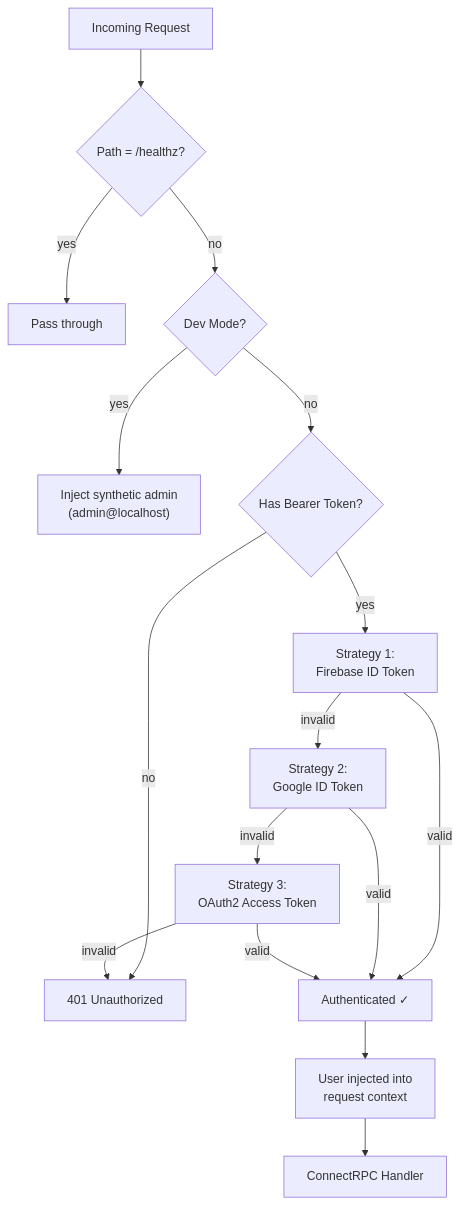
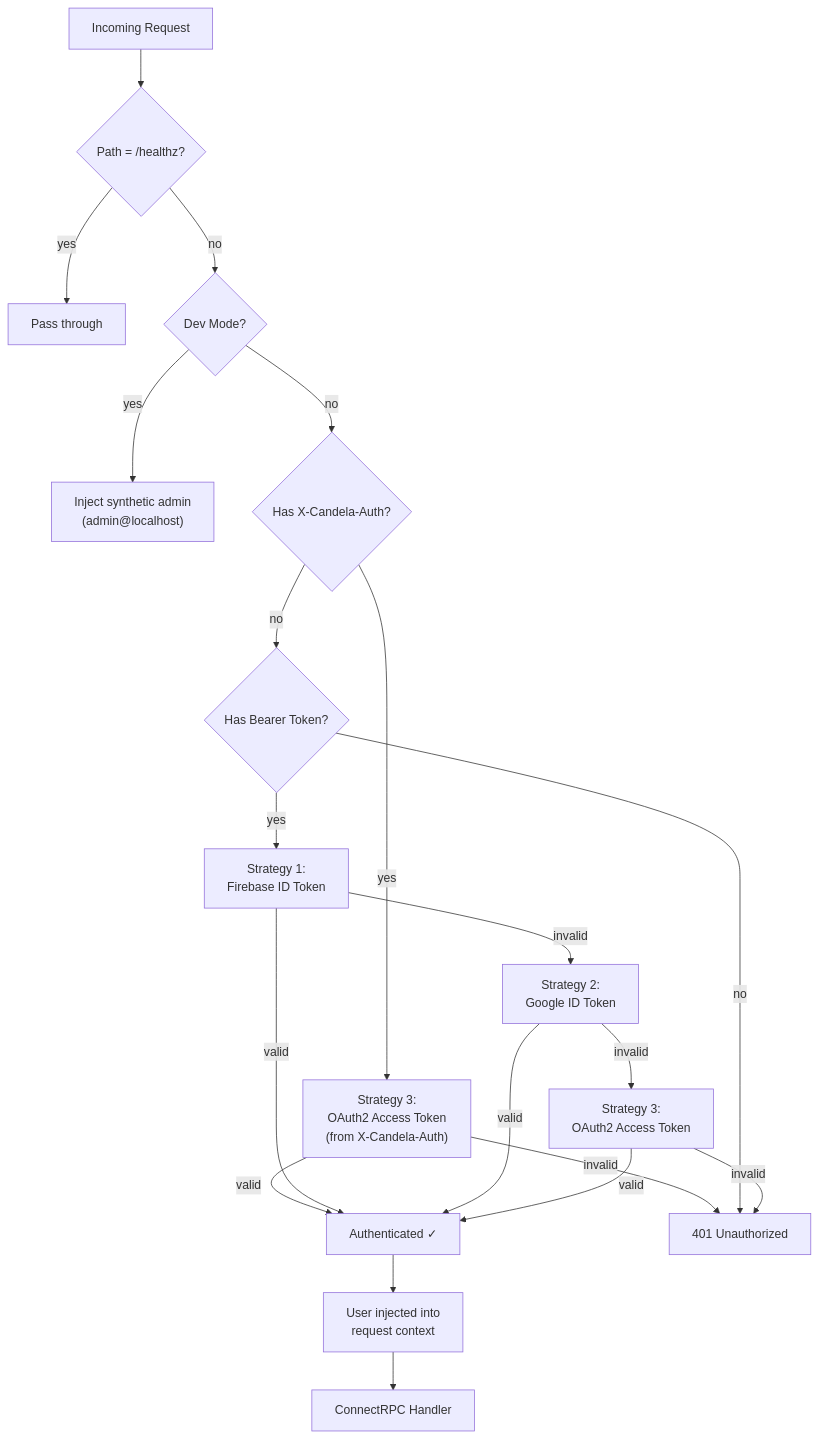
The diagram in src/content/docs/architecture/security.md (candelahq/candela-docs), drawn with Mermaid before and after one commit. The commit also changed other lines of this file and 4 other files, not shown here.

First line of the commit message:
docs: dual-token IAP auth + /v1/models server endpoint (#29)

````diff
--- a/src/content/docs/architecture/security.md
+++ b/src/content/docs/architecture/security.md
@@ -10,18 +10,22 @@
 ```mermaid
 flowchart TD
     REQ[Incoming Request] --> SKIP{Path = /healthz?}
     SKIP -->|yes| PASS[Pass through]
     SKIP -->|no| DEV{Dev Mode?}
     DEV -->|yes| SYNTH["Inject synthetic admin<br/>(admin@localhost)"]
-    DEV -->|no| TOK{Has Bearer Token?}
-    TOK -->|no| DENY["401 Unauthorized"]
+    DEV -->|no| XCA{Has X-Candela-Auth?}
+    XCA -->|yes| S3X["Strategy 3:<br/>OAuth2 Access Token<br/>(from X-Candela-Auth)"]
+    S3X -->|valid| AUTH[Authenticated ✓]
+    S3X -->|invalid| DENY["401 Unauthorized"]
+    XCA -->|no| TOK{Has Bearer Token?}
+    TOK -->|no| DENY
     TOK -->|yes| S1["Strategy 1:<br/>Firebase ID Token"]
-    S1 -->|valid| AUTH[Authenticated ✓]
+    S1 -->|valid| AUTH
     S1 -->|invalid| S2["Strategy 2:<br/>Google ID Token"]
     S2 -->|valid| AUTH
     S2 -->|invalid| S3["Strategy 3:<br/>OAuth2 Access Token"]
     S3 -->|valid| AUTH
     S3 -->|invalid| DENY
     AUTH --> CTX["User injected into<br/>request context"]
     CTX --> HANDLER[ConnectRPC Handler]
 ```
````
